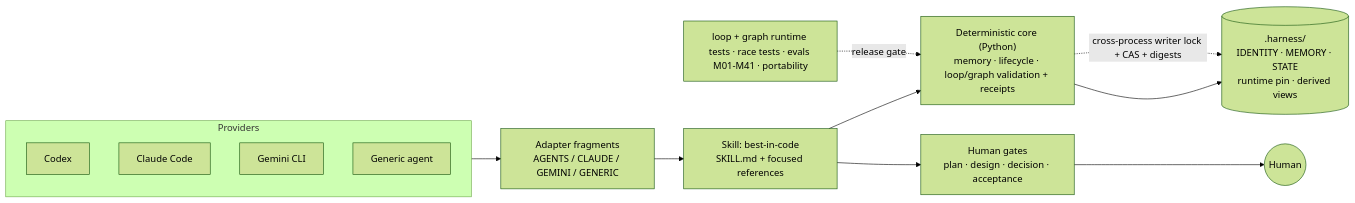
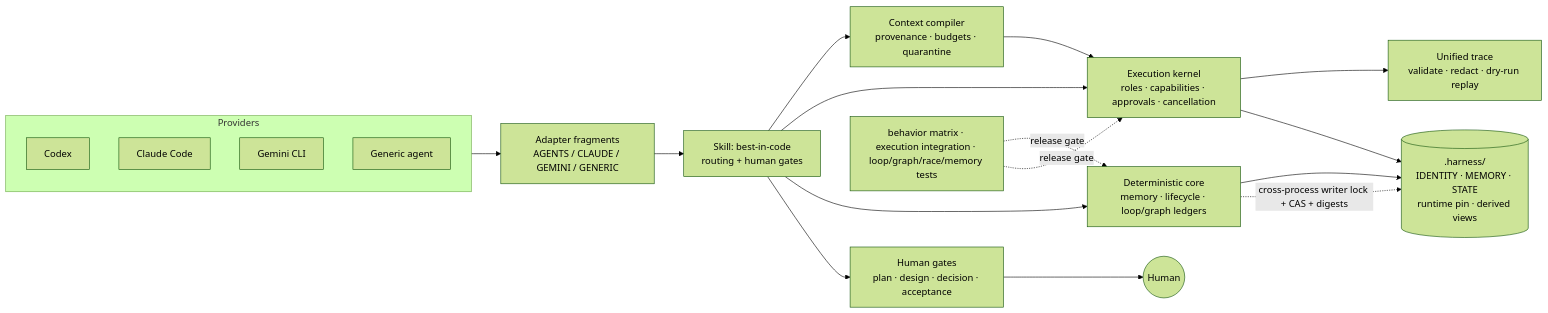
Before and after one commit to kingggg5/harness: the diagram in README.md, drawn with Mermaid (forest theme). The commit also changed other lines of this file and 40 other files, not shown here.

Commit message:
feat: add executable agent graph runtime

````diff
--- a/README.md
+++ b/README.md
@@ -183,17 +206,23 @@
 ```mermaid
 graph LR
 	subgraph Providers
 		CX[Codex]
 		CC[Claude Code]
 		GEM[Gemini CLI]
 		GEN[Generic agent]
 	end
 	Providers --> AD[Adapter fragments<br/>AGENTS / CLAUDE / GEMINI / GENERIC]
-	AD --> SKILL["Skill: best-in-code<br/>SKILL.md + focused references"]
-	SKILL --> OPS["Deterministic core (Python)<br/>memory · lifecycle · loop/graph validation + receipts"]
+	AD --> SKILL["Skill: best-in-code<br/>routing + human gates"]
+	SKILL --> CTX["Context compiler<br/>provenance · budgets · quarantine"]
+	SKILL --> EXEC["Execution kernel<br/>roles · capabilities · approvals · cancellation"]
+	SKILL --> OPS["Deterministic core<br/>memory · lifecycle · loop/graph ledgers"]
+	CTX --> EXEC
+	EXEC --> TRACE["Unified trace<br/>validate · redact · dry-run replay"]
 	OPS --> STORE[(".harness/<br/>IDENTITY · MEMORY · STATE<br/>runtime pin · derived views")]
+	EXEC --> STORE
 	OPS -. cross-process writer lock + CAS + digests .-> STORE
 	SKILL --> GATES[Human gates<br/>plan · design · decision · acceptance]
 	GATES --> HUMAN((Human))
-	QA2[loop + graph runtime tests · race tests · evals M01-M41 · portability] -. release gate .-> OPS
+	QA2[behavior matrix · execution integration · loop/graph/race/memory tests] -. release gate .-> OPS
+	QA2 -. release gate .-> EXEC
 ```
````
